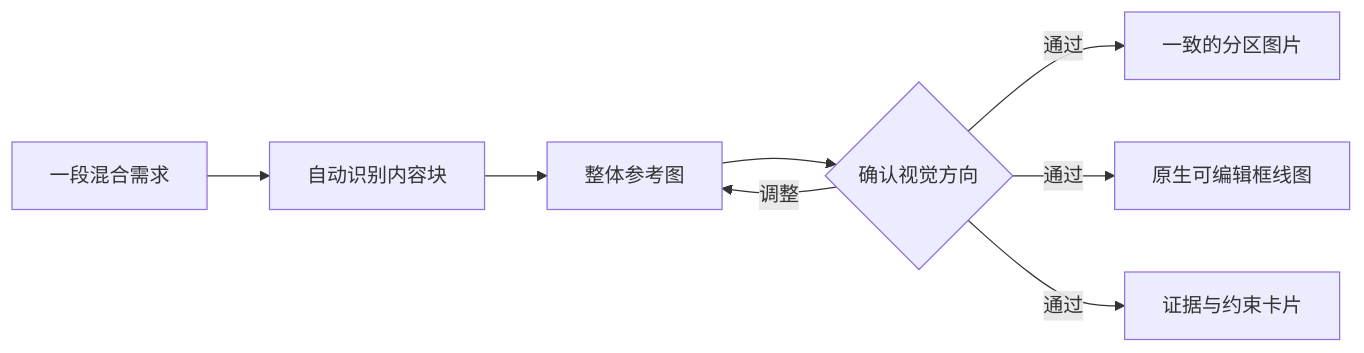
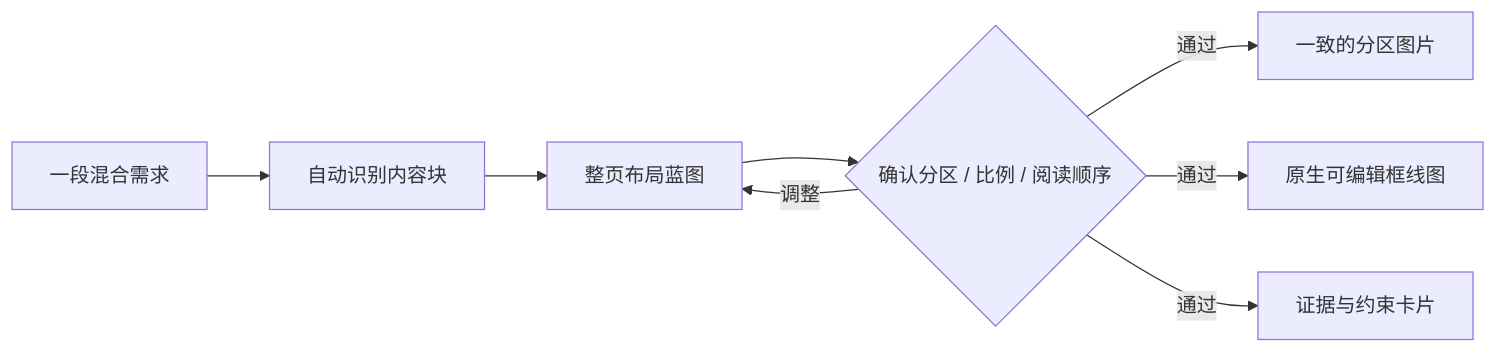
One commit to suud003/Cowart changed the second of 2 diagrams in README.md. Above: the diagram before and after it, drawn with Mermaid. The commit also changed other lines of this file and 19 other files, not shown here.

````diff
--- a/README.md
+++ b/README.md
@@ -95,10 +95,10 @@
 ```mermaid
 flowchart LR
   A["一段混合需求"] --> B["自动识别内容块"]
-  B --> C["整体参考图"]
-  C --> D{"确认视觉方向"}
+  B --> C["整页布局蓝图"]
+  C --> D{"确认分区 / 比例 / 阅读顺序"}
   D -->|调整| C
   D -->|通过| E["一致的分区图片"]
   D -->|通过| F["原生可编辑框线图"]
   D -->|通过| G["证据与约束卡片"]
 ```
````
